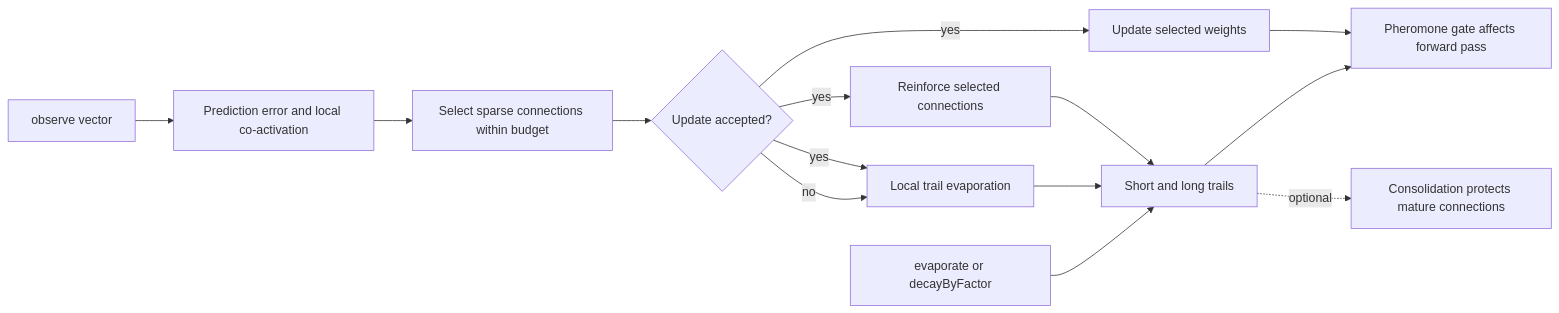
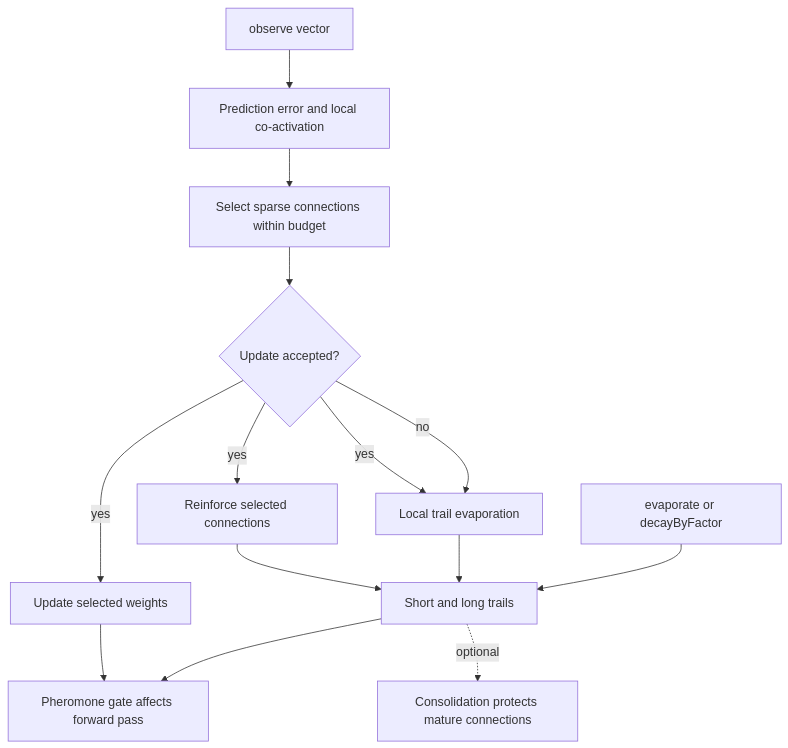
The third of 3 diagrams in README.en.md (Wrste/pheromone-network), drawn with Mermaid before and after one commit. The commit also changed other lines of this file and 2 other files, not shown here.

Commit message:
docs: improve diagram readability

````diff
--- a/README.en.md
+++ b/README.en.md
@@ -120,16 +120,16 @@
 ```mermaid
-flowchart LR
+flowchart TD
   observation[observe vector] --> error[Prediction error and local co-activation]
   error --> select[Select sparse connections within budget]
   select --> accepted{Update accepted?}
   accepted -- yes --> weights[Update selected weights]
   accepted -- yes --> reinforce[Reinforce selected connections]
   accepted -- yes --> evaporate[Local trail evaporation]
   accepted -- no --> evaporate
   reinforce --> trails[Short and long trails]
   evaporate --> trails
   weights --> gate[Pheromone gate affects forward pass]
   trails --> gate[Pheromone gate affects forward pass]
   decay[evaporate or decayByFactor] --> trails
   trails -. optional .-> consolidate[Consolidation protects mature connections]
 ```
````
